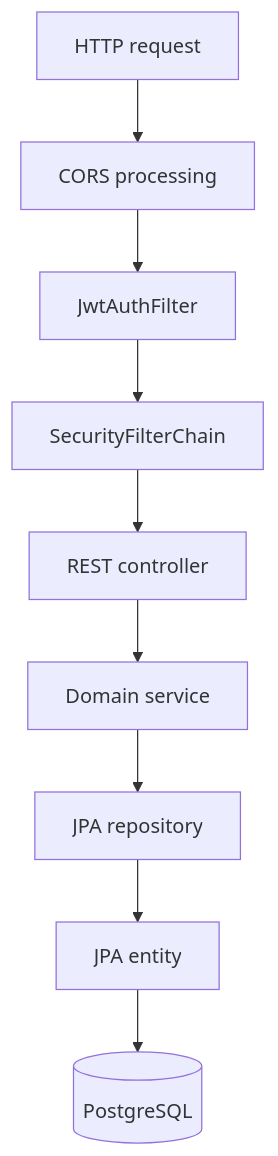
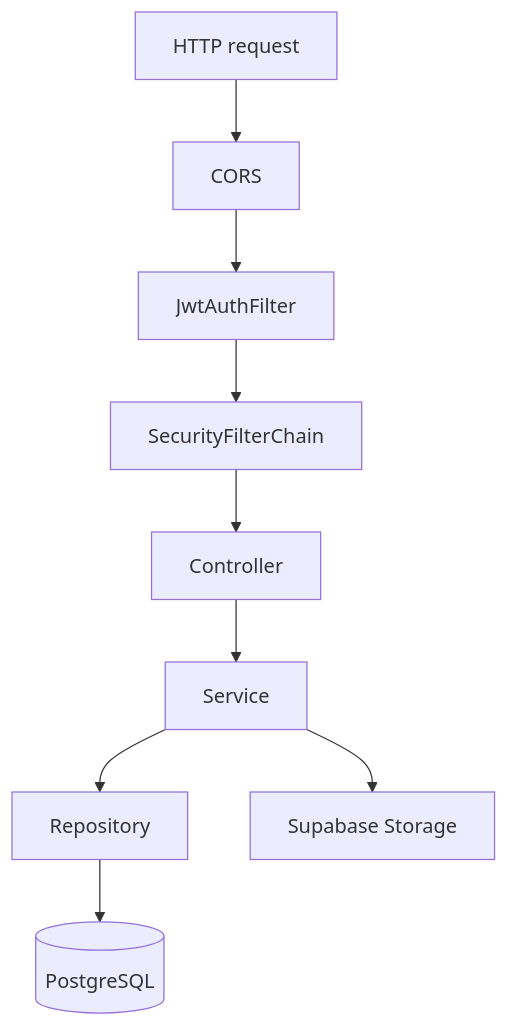
One commit to yassineao/poetsanders changed the third of 9 diagrams in README.md. Above: the diagram before and after it, drawn with Mermaid. The commit also changed other lines of this file and 1 other file, not shown here.

````diff
--- a/README.md
+++ b/README.md
@@ -443,15 +312,16 @@
 ```mermaid
 flowchart TD
     Request[HTTP request]
-    Cors[CORS processing]
+    Cors[CORS]
     Filter[JwtAuthFilter]
-    Authorization[SecurityFilterChain]
-    Controller[REST controller]
-    Service[Domain service]
-    Repository[JPA repository]
-    Entity[JPA entity]
+    Security[SecurityFilterChain]
+    Controller[Controller]
+    Service[Service]
+    Repository[Repository]
     DB[(PostgreSQL)]
+    Storage[Supabase Storage]
 
-    Request --> Cors --> Filter --> Authorization
-    Authorization --> Controller --> Service --> Repository --> Entity --> DB
+    Request --> Cors --> Filter --> Security --> Controller --> Service
+    Service --> Repository --> DB
+    Service --> Storage
 ```
````
